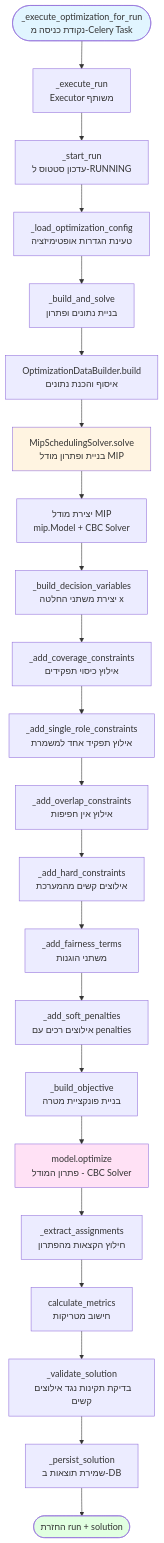
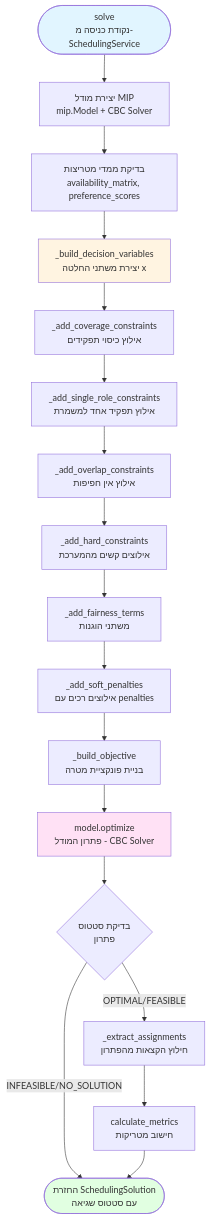
The sixth of 6 diagrams in PRESENTATION.md (AlonLivne007/smart-scheduling), drawn with Mermaid before and after one commit. The commit also changed other lines of this file, not shown here.

````diff
--- a/PRESENTATION.md
+++ b/PRESENTATION.md
@@ -579,36 +688,30 @@
 ```mermaid
 flowchart TD
-    Start([_execute_optimization_for_run<br/>נקודת כניסה מ-Celery Task]) --> ExecuteRun[_execute_run<br/>Executor משותף]
+    Start([solve<br/>נקודת כניסה מ-SchedulingService]) --> CreateModel[יצירת מודל MIP<br/>mip.Model + CBC Solver]
 
-    ExecuteRun --> StartRun[_start_run<br/>עדכון סטטוס ל-RUNNING]
-    StartRun --> LoadConfig[_load_optimization_config<br/>טעינת הגדרות אופטימיזציה]
-    LoadConfig --> BuildSolve[_build_and_solve<br/>בניית נתונים ופתרון]
-
-    BuildSolve --> DataBuilder[OptimizationDataBuilder.build<br/>איסוף והכנת נתונים]
-    DataBuilder --> Solver[MipSchedulingSolver.solve<br/>בניית ופתרון מודל MIP]
-
-    Solver --> CreateModel[יצירת מודל MIP<br/>mip.Model + CBC Solver]
-    CreateModel --> BuildVars[_build_decision_variables<br/>יצירת משתני החלטה x]
+    CreateModel --> ValidateMatrices[בדיקת ממדי מטריצות<br/>availability_matrix, preference_scores]
+    ValidateMatrices --> BuildVars[_build_decision_variables<br/>יצירת משתני החלטה x]
 
     BuildVars --> AddCoverage[_add_coverage_constraints<br/>אילוץ כיסוי תפקידים]
     AddCoverage --> AddSingleRole[_add_single_role_constraints<br/>אילוץ תפקיד אחד למשמרת]
     AddSingleRole --> AddOverlap[_add_overlap_constraints<br/>אילוץ אין חפיפות]
     AddOverlap --> AddHard[_add_hard_constraints<br/>אילוצים קשים מהמערכת]
 
     AddHard --> AddFairness[_add_fairness_terms<br/>משתני הוגנות]
     AddFairness --> AddSoft[_add_soft_penalties<br/>אילוצים רכים עם penalties]
     AddSoft --> BuildObj[_build_objective<br/>בניית פונקציית מטרה]
 
     BuildObj --> Optimize[model.optimize<br/>פתרון המודל - CBC Solver]
-    Optimize --> Extract[_extract_assignments<br/>חילוץ הקצאות מהפתרון]
+    Optimize --> CheckStatus{בדיקת סטטוס<br/>פתרון}
+
+    CheckStatus -->|OPTIMAL/FEASIBLE| Extract[_extract_assignments<br/>חילוץ הקצאות מהפתרון]
+    CheckStatus -->|INFEASIBLE/NO_SOLUTION| End([החזרת SchedulingSolution<br/>עם סטטוס שגיאה])
+
     Extract --> Metrics[calculate_metrics<br/>חישוב מטריקות]
-
-    Metrics --> Validate[_validate_solution<br/>בדיקת תקינות נגד אילוצים קשים]
-    Validate --> Persist[_persist_solution<br/>שמירת תוצאות ב-DB]
-    Persist --> End([החזרת run + solution])
+    Metrics --> End
 
     style Start fill:#e1f5ff
-    style Solver fill:#fff4e1
+    style BuildVars fill:#fff4e1
     style Optimize fill:#ffe1f5
     style End fill:#e1ffe1
 ```
````
